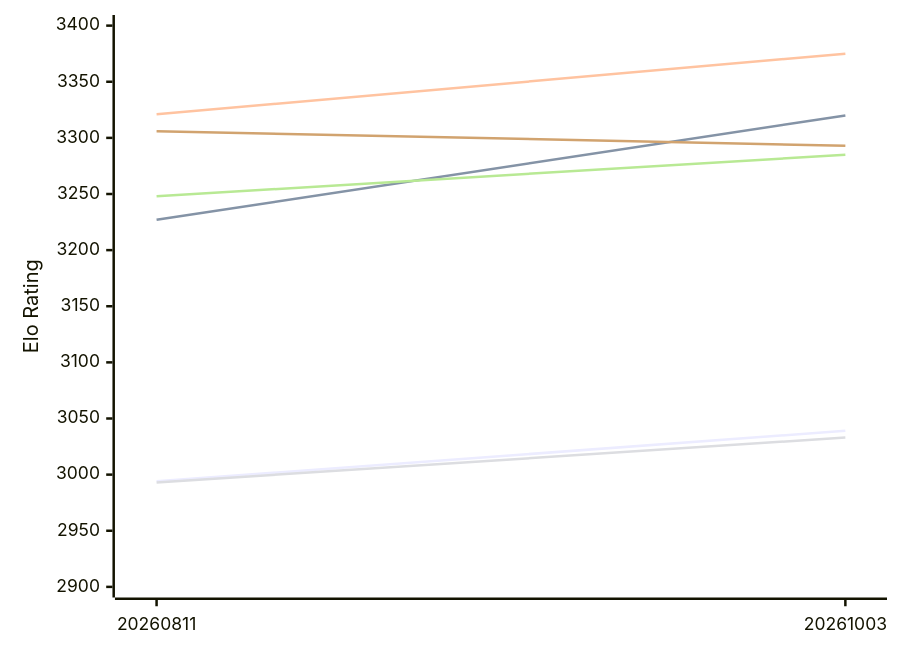
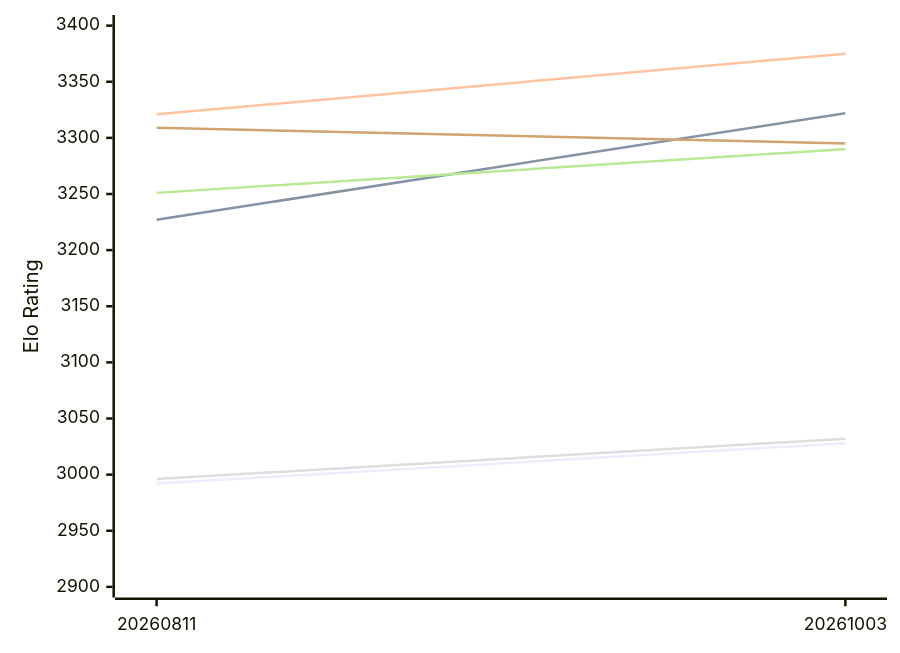
One commit to computer-chess-index/cci changed the first of 2 diagrams in engines/Askaig.md. Above: the diagram before and after it, drawn with Mermaid. The commit also changed other lines of this file, not shown here.

Commit message:
Update CCI Ratings (ELO VLTC) - 2026-11-24

````diff
--- a/engines/Askaig.md
+++ b/engines/Askaig.md
@@ -52,12 +52,12 @@
 ```mermaid
 %%{init: {"theme":"base","themeVariables":{"seriesColors:['#a3a3a3','#222221','#faa371']}}}%%
 xychart-beta
   x-axis ["20260811", "20261003"]
   y-axis "Elo Rating" 2900 --> 3400
-  line "E1: STC (8.0+0.08s)" [2994, 3039]
-  line "E1: LTC (60.0+0.60s)" [3227, 3320]
+  line "E1: STC (8.0+0.08s)" [2992, 3028]
+  line "E1: LTC (60.0+0.60s)" [3227, 3322]
   line "E1: VLTC (2m24s+1.12s)" [3321, 3375]
-  line "P1: STC (8.0+0.08s)" [2993, 3033]
-  line "P1: LTC (60.0+0.60s)" [3248, 3285]
-  line "P1: VLTC (2m24s+1.12s)" [3306, 3293]
+  line "P1: STC (8.0+0.08s)" [2996, 3032]
+  line "P1: LTC (60.0+0.60s)" [3251, 3290]
+  line "P1: VLTC (2m24s+1.12s)" [3309, 3295]
 ```
````
